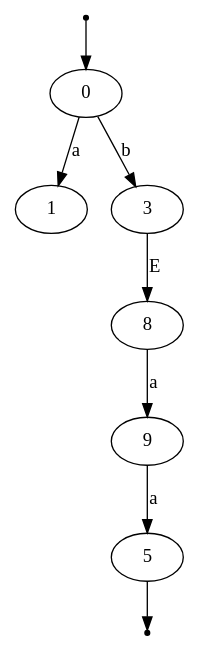
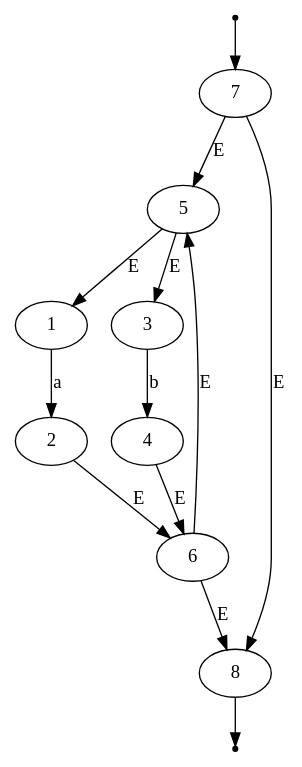
The diagram in automate_utilisateur.dot (omarelhorre/automate), drawn with Graphviz before and after one commit. The commit also changed 6 other files, not shown here.

```diff
--- a/automate_utilisateur.dot
+++ b/automate_utilisateur.dot
@@ -1,11 +1,16 @@
 digraph G {
 init [shape=point];
 fin [shape=point];
-init -> 0;
-0 -> 1 [label="a"];
-0 -> 3 [label="b"];
-8 -> 9 [label="a"];
-9 -> 5 [label="a"];
-3 -> 8 [label="E"];
-5 -> fin;
+init -> 7;
+1 -> 2 [label="a"];
+3 -> 4 [label="b"];
+5 -> 1 [label="E"];
+5 -> 3 [label="E"];
+2 -> 6 [label="E"];
+4 -> 6 [label="E"];
+7 -> 5 [label="E"];
+7 -> 8 [label="E"];
+6 -> 5 [label="E"];
+6 -> 8 [label="E"];
+8 -> fin;
 }
```
